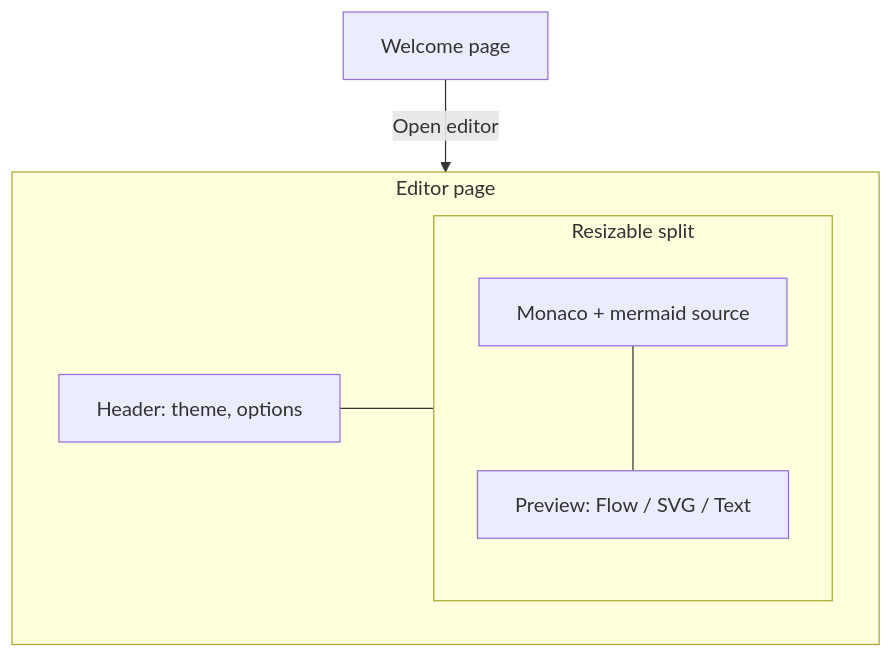
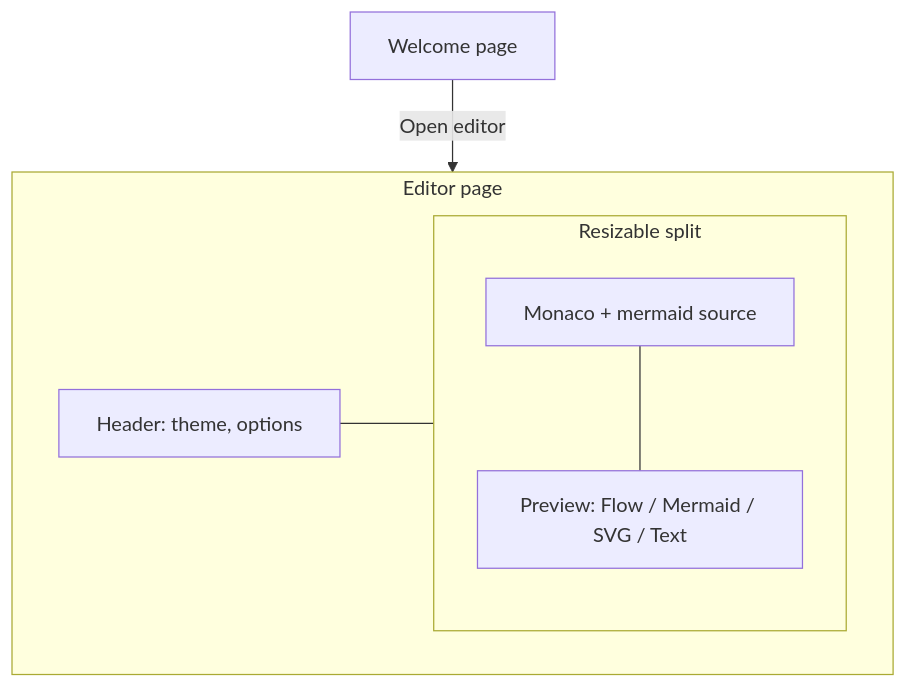
One commit to maxzz/mermaid-rflow changed the second of 4 diagrams in README.md. Above: the diagram before and after it, drawn with Mermaid. The commit also changed other lines of this file and 26 other files, not shown here.

Commit message:
WIP. new-mermaid-tab. grok-46-xhigh

````diff
--- a/README.md
+++ b/README.md
@@ -43,13 +46,13 @@
 ```mermaid
 flowchart TB
     Welcome[Welcome page] -->|Open editor| Shell
     subgraph Shell[Editor page]
         Header[Header: theme, options]
         subgraph Panels[Resizable split]
             Editor[Monaco + mermaid source]
-            Preview[Preview: Flow / SVG / Text]
+            Preview[Preview: Flow / Mermaid / SVG / Text]
         end
         Header --- Panels
         Editor --- Preview
     end
 ```
````
